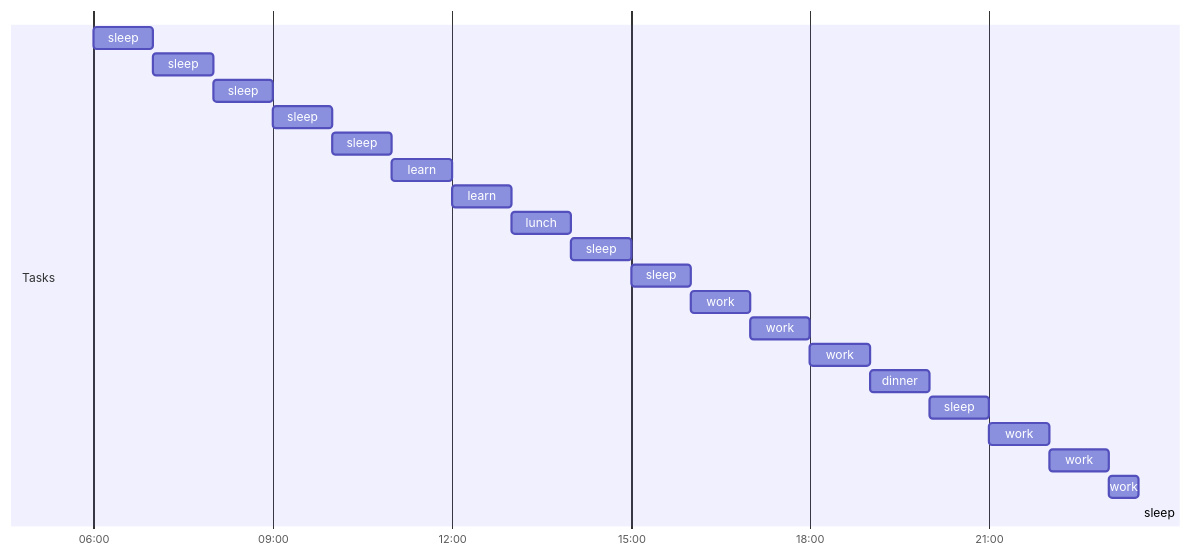
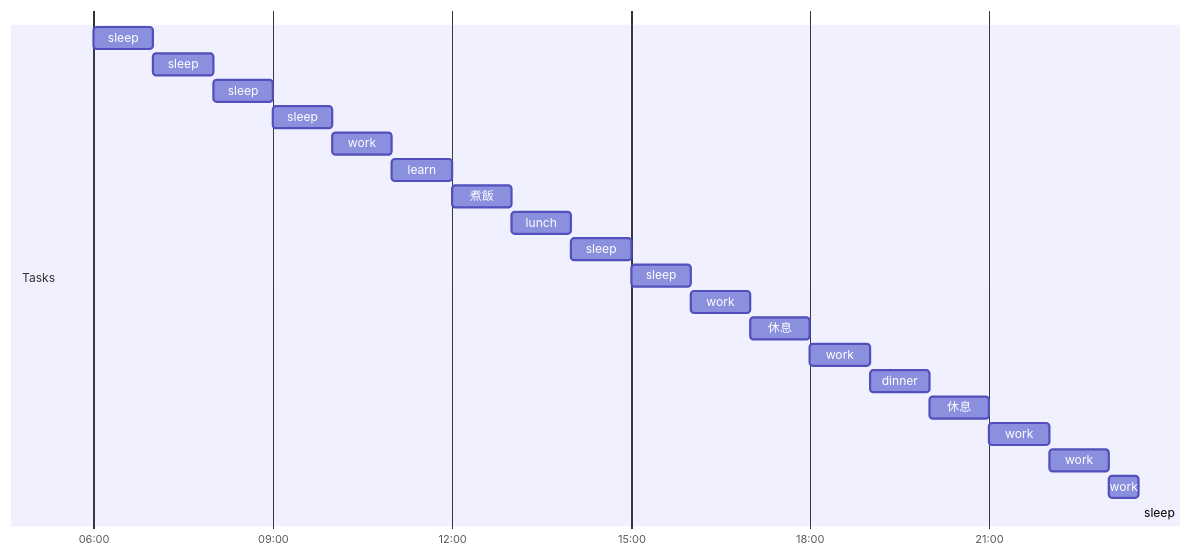
The diagram in 日誌/Day Planners/Day Planner-20230827.md (ninjaicho/MyNotes), drawn with Mermaid before and after one commit. The commit also changed other lines of this file and 1 other file, not shown here.

Commit message:
vault backup: 2023-08-27 16:24:27

````diff
--- a/日誌/Day Planners/Day Planner-20230827.md
+++ b/日誌/Day Planners/Day Planner-20230827.md
@@ -1,28 +1,28 @@
 ```mermaid
 gantt
     dateFormat  HH-mm
     axisFormat %H:%M
-    %% Current Time: 下午4:19:27
+    %% Current Time: 下午4:24:26
     section Tasks
     sleep     :06-00, 60m
     sleep     :07-00, 60m
     sleep     :08-00, 60m
     sleep     :09-00, 60m
-    sleep     :10-00, 60m
+    work     :10-00, 60m
     learn     :11-00, 60m
-    learn     :12-00, 60m
+    煮飯     :12-00, 60m
     lunch     :13-00, 60m
     sleep     :14-00, 60m
     sleep     :15-00, 60m
     work     :16-00, 60m
-    work     :17-00, 60m
+    休息     :17-00, 60m
     work     :18-00, 60m
     dinner     :19-00, 60m
-    sleep     :20-00, 60m
+    休息     :20-00, 60m
     work     :21-00, 60m
     work     :22-00, 60m
     work     :23-00, 30m
     sleep     :23-30, 0m
     section Breaks
 
 ```
````
